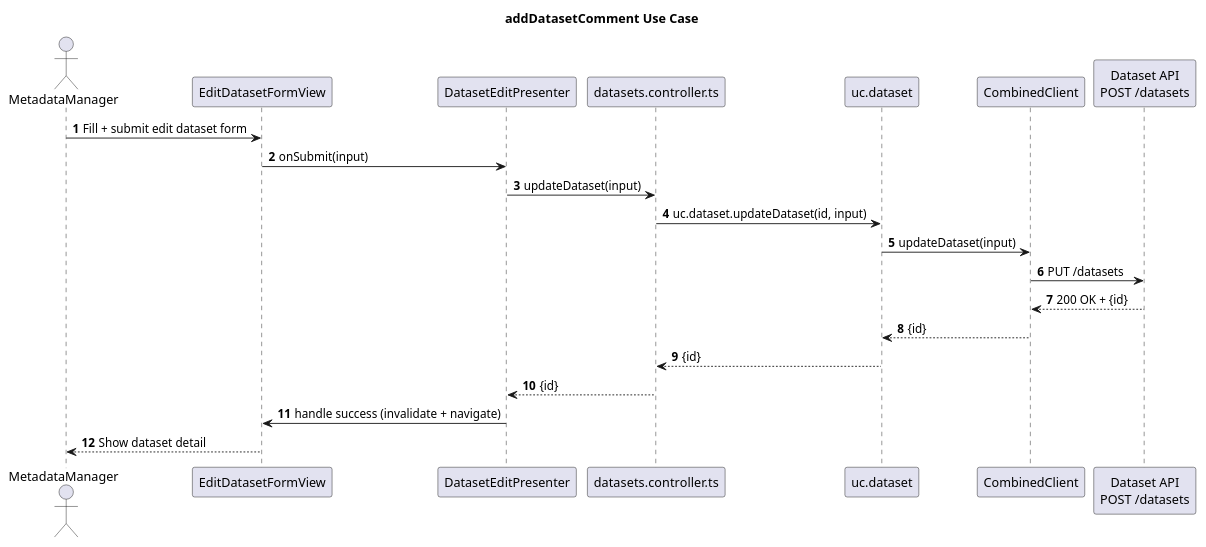
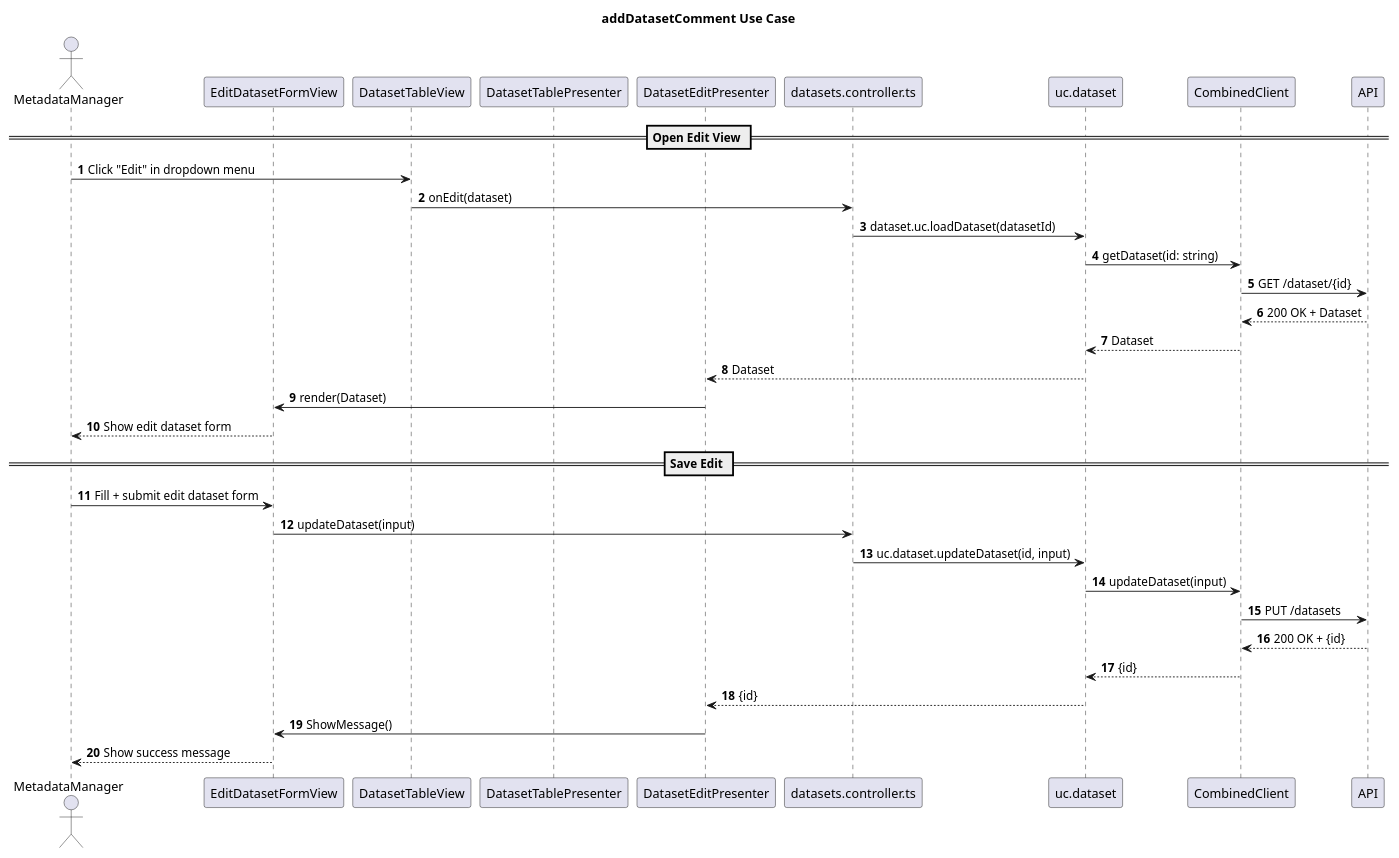
One commit to POP2025-EEPW/doorce-frontend changed the diagram in diagrams/sequence/editDataset.puml. Above: the diagram before and after it, drawn with PlantUML. The commit also changed 4 other files, not shown here.

Commit message:
fix: fixed errors in diagrams related to group2

```diff
--- a/diagrams/sequence/editDataset.puml
+++ b/diagrams/sequence/editDataset.puml
@@ -1,27 +1,42 @@
 @startuml
 title addDatasetComment Use Case
 autonumber
 
-actor MetadataManager
+actor MetadataManager as User
 
 participant "EditDatasetFormView" as View
+participant "DatasetTableView" as TableView
+participant "DatasetTablePresenter" as TablePresenter
 participant "DatasetEditPresenter" as Presenter
 participant "datasets.controller.ts" as Controller
 participant "uc.dataset" as UseCase
 participant "CombinedClient" as Client
-participant "Dataset API\nPOST /datasets" as Http
 
-MetadataManager -> View : Fill + submit edit dataset form
-View -> Presenter : onSubmit(input)
-Presenter -> Controller : updateDataset(input)
+
+
+== Open Edit View ==
+User -> TableView : Click "Edit" in dropdown menu
+TableView -> Controller : onEdit(dataset)
+Controller -> UseCase : dataset.uc.loadDataset(datasetId)
+UseCase -> Client : getDataset(id: string)
+Client -> API : GET /dataset/{id}
+API --> Client : 200 OK + Dataset
+Client --> UseCase : Dataset
+UseCase --> Presenter : Dataset
+Presenter -> View : render(Dataset)
+View --> User : Show edit dataset form
+
+== Save Edit ==
+User -> View : Fill + submit edit dataset form
+View -> Controller : updateDataset(input)
+
 Controller -> UseCase : uc.dataset.updateDataset(id, input)
 UseCase -> Client : updateDataset(input)
-Client -> Http : PUT /datasets
-Http --> Client : 200 OK + {id}
+Client -> API : PUT /datasets
+API --> Client : 200 OK + {id}
 Client --> UseCase : {id}
-UseCase --> Controller : {id}
-Controller --> Presenter : {id}
-Presenter -> View : handle success (invalidate + navigate)
-View --> MetadataManager : Show dataset detail
+UseCase --> Presenter : {id}
+Presenter -> View : ShowMessage()
+View --> User : Show success message
 
 @enduml
```
